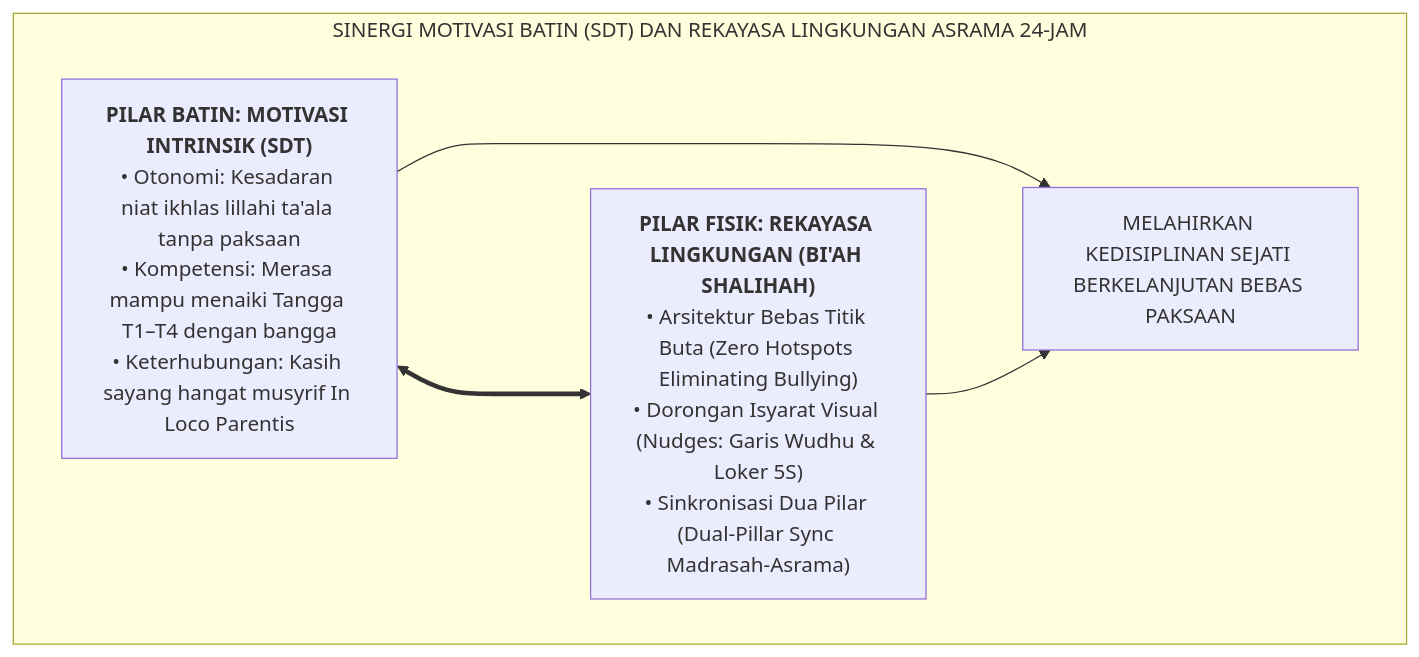
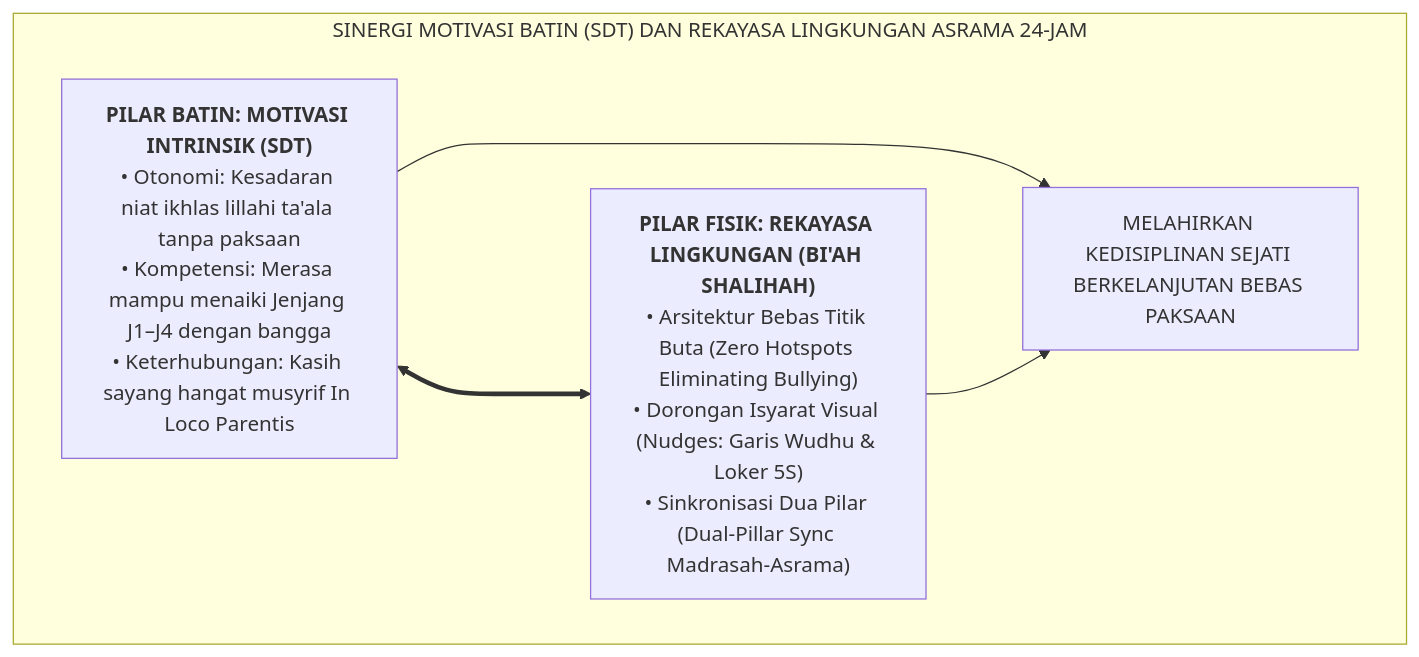
The first of 4 diagrams in BOOK-SERIES/Volume-02/Bab-01-Arsitektur-Kapasitas-Holistik-Berbasis-Fitrah/04-Teori-Penentuan-Diri-dan-Rekayasa-Lingkungan-Asrama.md (wandiapriliyandi/tumbuh), drawn with Mermaid before and after one commit. The commit also changed other lines of this file and 209 other files, not shown here.

````diff
--- a/BOOK-SERIES/Volume-02/Bab-01-Arsitektur-Kapasitas-Holistik-Berbasis-Fitrah/04-Teori-Penentuan-Diri-dan-Rekayasa-Lingkungan-Asrama.md
+++ b/BOOK-SERIES/Volume-02/Bab-01-Arsitektur-Kapasitas-Holistik-Berbasis-Fitrah/04-Teori-Penentuan-Diri-dan-Rekayasa-Lingkungan-Asrama.md
@@ -25,13 +25,13 @@
 ```mermaid
 graph TD
     subgraph SinergiMotivasiRuang["SINERGI MOTIVASI BATIN (SDT) DAN REKAYASA LINGKUNGAN ASRAMA 24-JAM"]
-        Batin["<b>PILAR BATIN: MOTIVASI INTRINSIK (SDT)</b><br/>• Otonomi: Kesadaran niat ikhlas lillahi ta'ala tanpa paksaan<br/>• Kompetensi: Merasa mampu menaiki Tangga T1–T4 dengan bangga<br/>• Keterhubungan: Kasih sayang hangat musyrif In Loco Parentis"]
+        Batin["<b>PILAR BATIN: MOTIVASI INTRINSIK (SDT)</b><br/>• Otonomi: Kesadaran niat ikhlas lillahi ta'ala tanpa paksaan<br/>• Kompetensi: Merasa mampu menaiki Jenjang J1–J4 dengan bangga<br/>• Keterhubungan: Kasih sayang hangat musyrif In Loco Parentis"]
         
         Ruang["<b>PILAR FISIK: REKAYASA LINGKUNGAN (BI'AH SHALIHAH)</b><br/>• Arsitektur Bebas Titik Buta (Zero Hotspots Eliminating Bullying)<br/>• Dorongan Isyarat Visual (Nudges: Garis Wudhu & Loker 5S)<br/>• Sinkronisasi Dua Pilar (Dual-Pillar Sync Madrasah-Asrama)"]
         
         Batin <===> Ruang
         
         Batin --> Hasil["MELAHIRKAN KEDISIPLINAN SEJATI BERKELANJUTAN BEBAS PAKSAAN"]
         Ruang --> Hasil
     end
 ```
````
